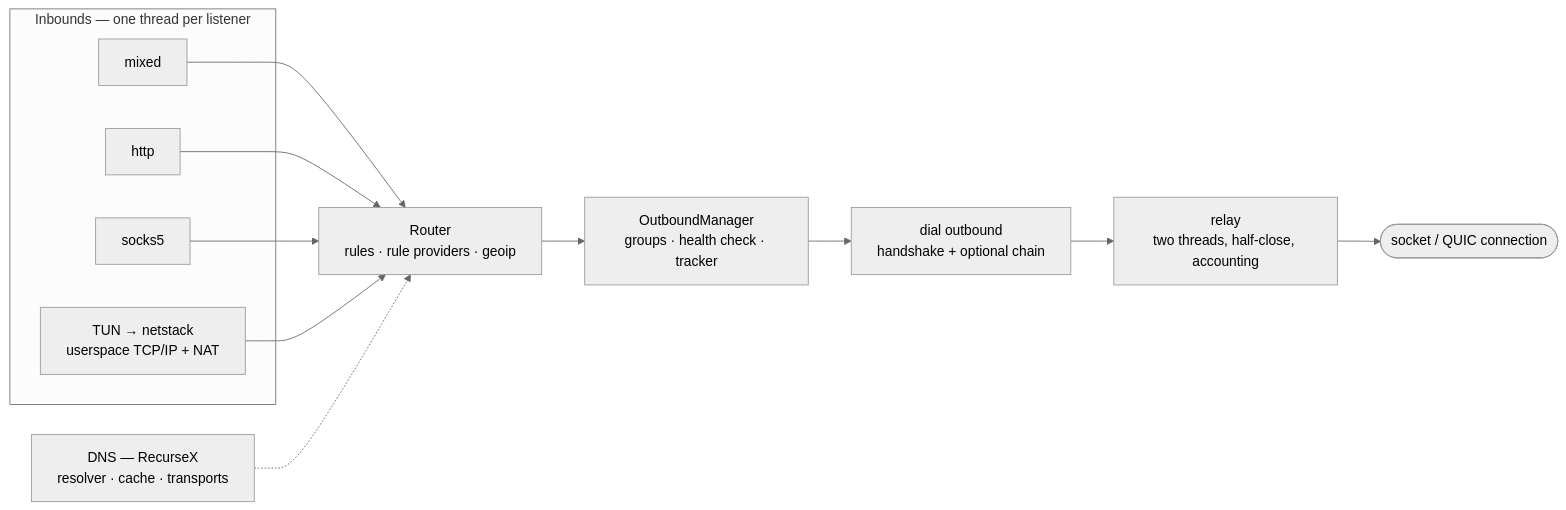
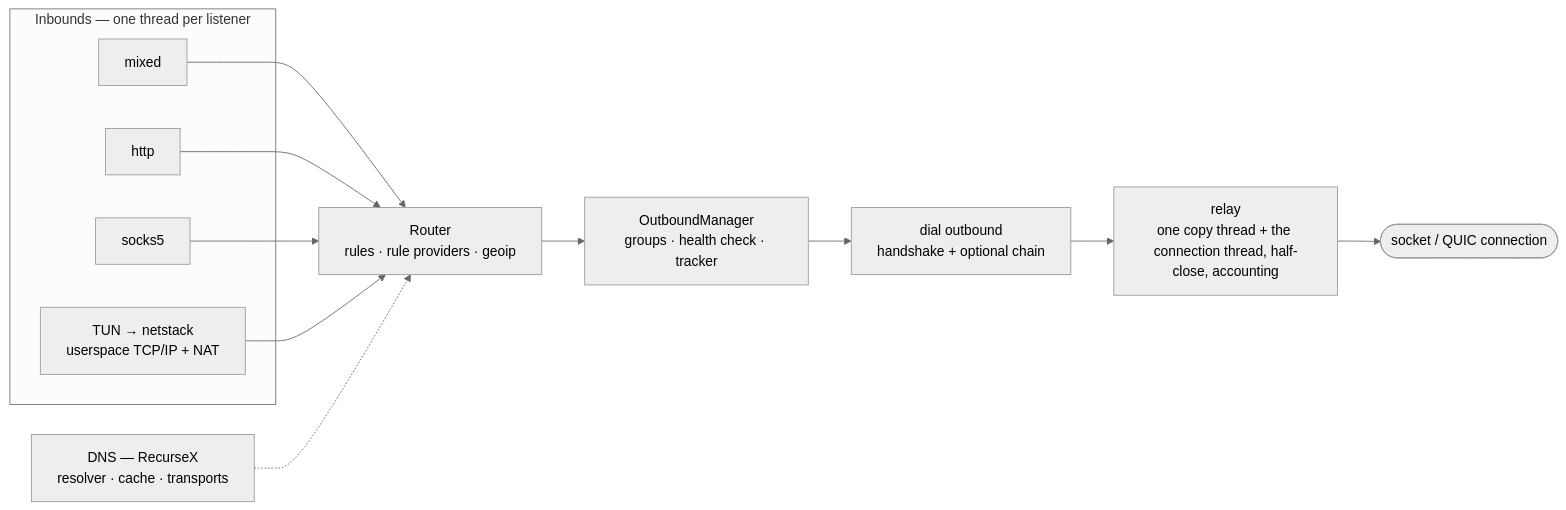
One commit to blueokanna/Corduit changed the first of 3 diagrams in README.md. Above: the diagram before and after it, drawn with Mermaid (neutral theme). The commit also changed other lines of this file and 16 other files, not shown here.

First line of the commit message:
Cut each relay to one spawned thread, shrink thread stacks, and drop dead session and pool code

````diff
--- a/README.md
+++ b/README.md
@@ -96,16 +96,16 @@
 ```mermaid
 flowchart LR
     subgraph IN["Inbounds — one thread per listener"]
         MIX["mixed"]
         HTTP["http"]
         S5["socks5"]
         TUN["TUN → netstack<br/>userspace TCP/IP + NAT"]
     end
 
     MIX & HTTP & S5 & TUN --> RT["Router<br/>rules · rule providers · geoip"]
     DNS["DNS — RecurseX<br/>resolver · cache · transports"] -.-> RT
     RT --> OM["OutboundManager<br/>groups · health check · tracker"]
     OM --> DIAL["dial outbound<br/>handshake + optional chain"]
-    DIAL --> RELAY["relay<br/>two threads, half-close, accounting"]
+    DIAL --> RELAY["relay<br/>one copy thread + the connection thread, half-close, accounting"]
     RELAY --> NET(["socket / QUIC connection"])
 ```
````
